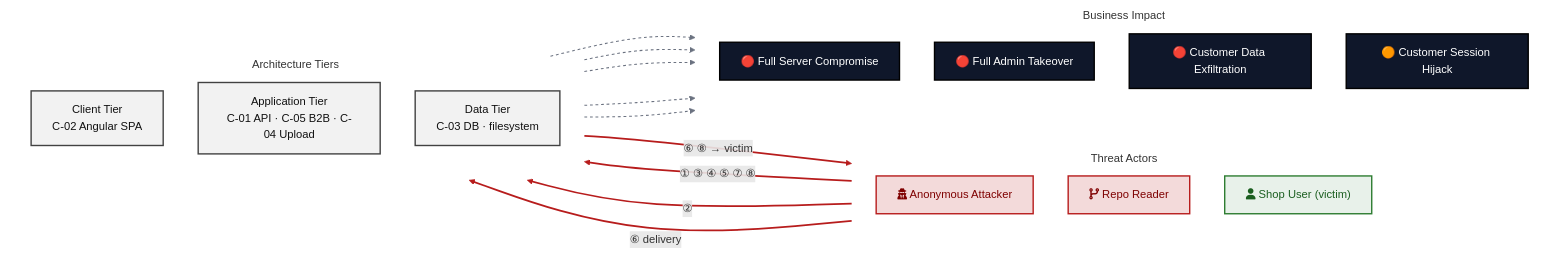
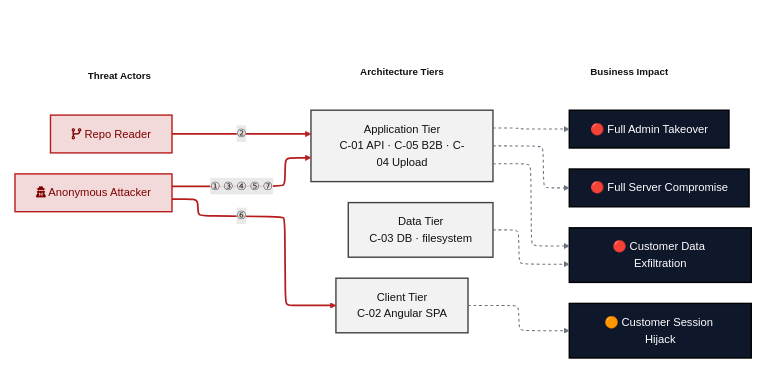
The second of 2 diagrams in docs/analysis-top-threats-merge.md (appsec-foundry/appsec-advisor), drawn with Mermaid before and after one commit. The commit also changed other lines of this file and 52 other files, not shown here.

````diff
--- a/docs/analysis-top-threats-merge.md
+++ b/docs/analysis-top-threats-merge.md
@@ -173,43 +178,55 @@
 ```mermaid
+%%{init: {"flowchart": {"defaultRenderer": "elk", "nodeSpacing": 45, "rankSpacing": 95}} }%%
 flowchart LR
-    subgraph ACT["Threat Actors"]
+    subgraph ACT[" "]
         direction TB
+        HA["<b>Threat Actors</b>"]:::hdr
         A_ANON["fa:fa-user-secret Anonymous Attacker"]:::aAnon
         A_REPO["fa:fa-code-branch Repo Reader"]:::aAnon
-        A_USER["fa:fa-user Shop User (victim)"]:::aUser
     end
-    subgraph TIER["Architecture Tiers"]
+    subgraph TIER[" "]
         direction TB
+        HT["<b>Architecture Tiers</b>"]:::hdr
         T_CLIENT["Client Tier<br/>C-02 Angular SPA"]:::tier
         T_APP["Application Tier<br/>C-01 API · C-05 B2B · C-04 Upload"]:::tier
         T_DATA["Data Tier<br/>C-03 DB · filesystem"]:::tier
     end
-    subgraph IMP["Business Impact"]
+    subgraph IMP[" "]
         direction TB
+        HI["<b>Business Impact</b>"]:::hdr
         I_RCE["🔴 Full Server Compromise"]:::imp
         I_ADMIN["🔴 Full Admin Takeover"]:::imp
         I_EXFIL["🔴 Customer Data Exfiltration"]:::imp
         I_HIJACK["🟠 Customer Session Hijack"]:::imp
     end
 
-    A_ANON ==>|"① ③ ④ ⑤ ⑦ ⑧"| T_APP
+    %% Invisible alignment: pin the three column headers on one Y line so ELK
+    %% keeps the columns straight and routes every arrow horizontally — no
+    %% arrow crosses a tier box, and there are no backward (right→left) edges.
+    HA --- HT
+    HT --- HI
+
+    %% Attacker → tier (forward, left→right)
+    A_ANON ==>|"① ③ ④ ⑤ ⑦"| T_APP
+    A_ANON ==>|"⑥"| T_CLIENT
     A_REPO ==>|"②"| T_APP
-    A_ANON ==>|"⑥ delivery"| T_CLIENT
-    T_CLIENT ==>|"⑥ ⑧ → victim"| A_USER
 
+    %% Tier → business impact (forward, left→right). The victim outcome is the
+    %% Session-Hijack impact, so no arrow needs to return to the actor column.
     T_APP -.-> I_RCE
     T_APP -.-> I_ADMIN
     T_APP -.-> I_EXFIL
     T_DATA -.-> I_EXFIL
     T_CLIENT -.-> I_HIJACK
 
     style ACT fill:none,stroke:none
     style TIER fill:none,stroke:none
     style IMP fill:none,stroke:none
+    classDef hdr   fill:none,stroke:none,color:#111,font-size:14px
     classDef aAnon fill:#f3dada,stroke:#b71c1c,color:#7f0000,stroke-width:2px
-    classDef aUser fill:#e8f1ea,stroke:#2e7d32,color:#1b5e20,stroke-width:2px
     classDef tier  fill:#f2f2f2,stroke:#424242,color:#111,stroke-width:2px
     classDef imp   fill:#0f172a,stroke:#000,color:#fff,stroke-width:2px
-    linkStyle 0,1,2,3 stroke:#b71c1c,stroke-width:2.5px
-    linkStyle 4,5,6,7,8 stroke:#6b7280,stroke-width:1.5px,stroke-dasharray:4
+    linkStyle 0,1 stroke:transparent,stroke-width:0px
+    linkStyle 2,3,4 stroke:#b71c1c,stroke-width:2.5px
+    linkStyle 5,6,7,8,9 stroke:#6b7280,stroke-width:1.5px,stroke-dasharray:4
 ```
````
